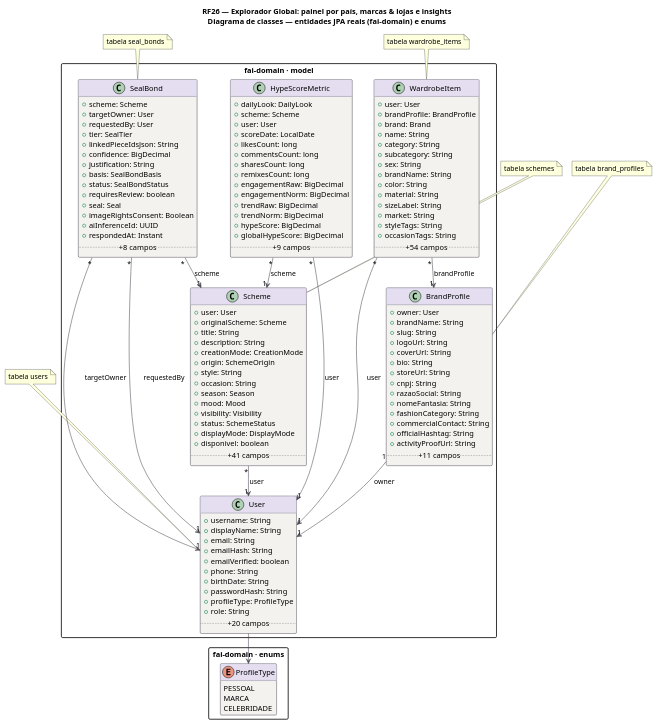
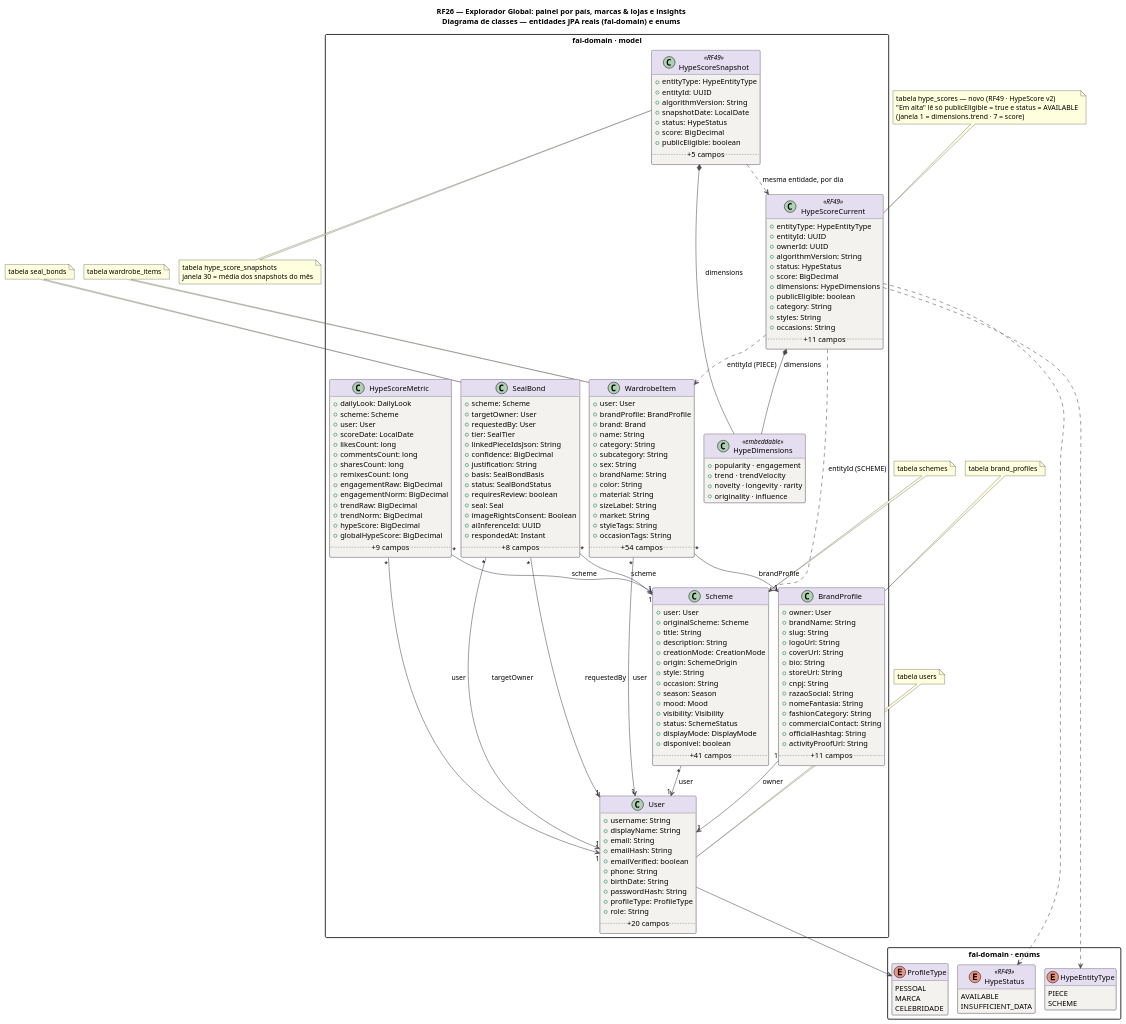
The diagram in docs/diagramas/RF26/RF26-classes.puml (MatheusHaliski/tcc-2026-fashion-ai-backend), drawn with PlantUML before and after one commit. The commit also changed 25 other files, not shown here.

First line of the commit message:
Diagramas RF10, RF19 e RF26 atualizados com o HypeScore v2 (RF49)

```diff
--- a/docs/diagramas/RF26/RF26-classes.puml
+++ b/docs/diagramas/RF26/RF26-classes.puml
@@ -1,136 +1,183 @@
 @startuml RF26_Classes
 title RF26 — Explorador Global: painel por país, marcas & lojas e insights\nDiagrama de classes — entidades JPA reais (fai-domain) e enums
 !pragma layout smetana
 skinparam backgroundColor #FFFFFF
 skinparam class {
   BackgroundColor #F4F2EF
   BorderColor #4A4852
   ArrowColor #4A4852
   HeaderBackgroundColor #E4DEF0
 }
 skinparam packageStyle rectangle
 hide empty methods
 
 package "fai-domain · model" {
 class User {
   +username: String
   +displayName: String
   +email: String
   +emailHash: String
   +emailVerified: boolean
   +phone: String
   +birthDate: String
   +passwordHash: String
   +profileType: ProfileType
   +role: String
   .. +20 campos ..
 }
 class BrandProfile {
   +owner: User
   +brandName: String
   +slug: String
   +logoUrl: String
   +coverUrl: String
   +bio: String
   +storeUrl: String
   +cnpj: String
   +razaoSocial: String
   +nomeFantasia: String
   +fashionCategory: String
   +commercialContact: String
   +officialHashtag: String
   +activityProofUrl: String
   .. +11 campos ..
 }
 class WardrobeItem {
   +user: User
   +brandProfile: BrandProfile
   +brand: Brand
   +name: String
   +category: String
   +subcategory: String
   +sex: String
   +brandName: String
   +color: String
   +material: String
   +sizeLabel: String
   +market: String
   +styleTags: String
   +occasionTags: String
   .. +54 campos ..
 }
 class Scheme {
   +user: User
   +originalScheme: Scheme
   +title: String
   +description: String
   +creationMode: CreationMode
   +origin: SchemeOrigin
   +style: String
   +occasion: String
   +season: Season
   +mood: Mood
   +visibility: Visibility
   +status: SchemeStatus
   +displayMode: DisplayMode
   +disponivel: boolean
   .. +41 campos ..
 }
 class SealBond {
   +scheme: Scheme
   +targetOwner: User
   +requestedBy: User
   +tier: SealTier
   +linkedPieceIdsJson: String
   +confidence: BigDecimal
   +justification: String
   +basis: SealBondBasis
   +status: SealBondStatus
   +requiresReview: boolean
   +seal: Seal
   +imageRightsConsent: Boolean
   +aiInferenceId: UUID
   +respondedAt: Instant
   .. +8 campos ..
 }
 class HypeScoreMetric {
   +dailyLook: DailyLook
   +scheme: Scheme
   +user: User
   +scoreDate: LocalDate
   +likesCount: long
   +commentsCount: long
   +sharesCount: long
   +remixesCount: long
   +engagementRaw: BigDecimal
   +engagementNorm: BigDecimal
   +trendRaw: BigDecimal
   +trendNorm: BigDecimal
   +hypeScore: BigDecimal
   +globalHypeScore: BigDecimal
   .. +9 campos ..
 }
+class HypeScoreCurrent <<RF49>> {
+  +entityType: HypeEntityType
+  +entityId: UUID
+  +ownerId: UUID
+  +algorithmVersion: String
+  +status: HypeStatus
+  +score: BigDecimal
+  +dimensions: HypeDimensions
+  +publicEligible: boolean
+  +category: String
+  +styles: String
+  +occasions: String
+  .. +11 campos ..
+}
+class HypeScoreSnapshot <<RF49>> {
+  +entityType: HypeEntityType
+  +entityId: UUID
+  +algorithmVersion: String
+  +snapshotDate: LocalDate
+  +status: HypeStatus
+  +score: BigDecimal
+  +publicEligible: boolean
+  .. +5 campos ..
+}
+class HypeDimensions <<embeddable>> {
+  +popularity · engagement
+  +trend · trendVelocity
+  +novelty · longevity · rarity
+  +originality · influence
+}
 }
 package "fai-domain · enums" {
 enum ProfileType {
   PESSOAL
   MARCA
   CELEBRIDADE
+}
+enum HypeEntityType {
+  PIECE
+  SCHEME
+}
+enum HypeStatus <<RF49>> {
+  AVAILABLE
+  INSUFFICIENT_DATA
 }
 }
 BrandProfile "1" --> "1" User : owner
 HypeScoreMetric "*" --> "1" Scheme : scheme
 HypeScoreMetric "*" --> "1" User : user
 Scheme "*" --> "1" User : user
 SealBond "*" --> "1" Scheme : scheme
 SealBond "*" --> "1" User : requestedBy
 SealBond "*" --> "1" User : targetOwner
 User --> ProfileType
 WardrobeItem "*" --> "1" BrandProfile : brandProfile
 WardrobeItem "*" --> "1" User : user
+HypeScoreCurrent *-- HypeDimensions : dimensions
+HypeScoreSnapshot *-- HypeDimensions : dimensions
+HypeScoreCurrent ..> HypeEntityType
+HypeScoreCurrent ..> HypeStatus
+HypeScoreCurrent ..> WardrobeItem : entityId (PIECE)
+HypeScoreCurrent ..> Scheme : entityId (SCHEME)
+HypeScoreSnapshot ..> HypeScoreCurrent : mesma entidade, por dia
 note top of User : tabela users
 note top of BrandProfile : tabela brand_profiles
 note top of WardrobeItem : tabela wardrobe_items
 note top of Scheme : tabela schemes
 note top of SealBond : tabela seal_bonds
+note top of HypeScoreCurrent : tabela hype_scores — novo (RF49 · HypeScore v2)\n"Em alta" lê só publicEligible = true e status = AVAILABLE\n(janela 1 = dimensions.trend · 7 = score)
+note bottom of HypeScoreSnapshot : tabela hype_score_snapshots\njanela 30 = média dos snapshots do mês
 @enduml
```
